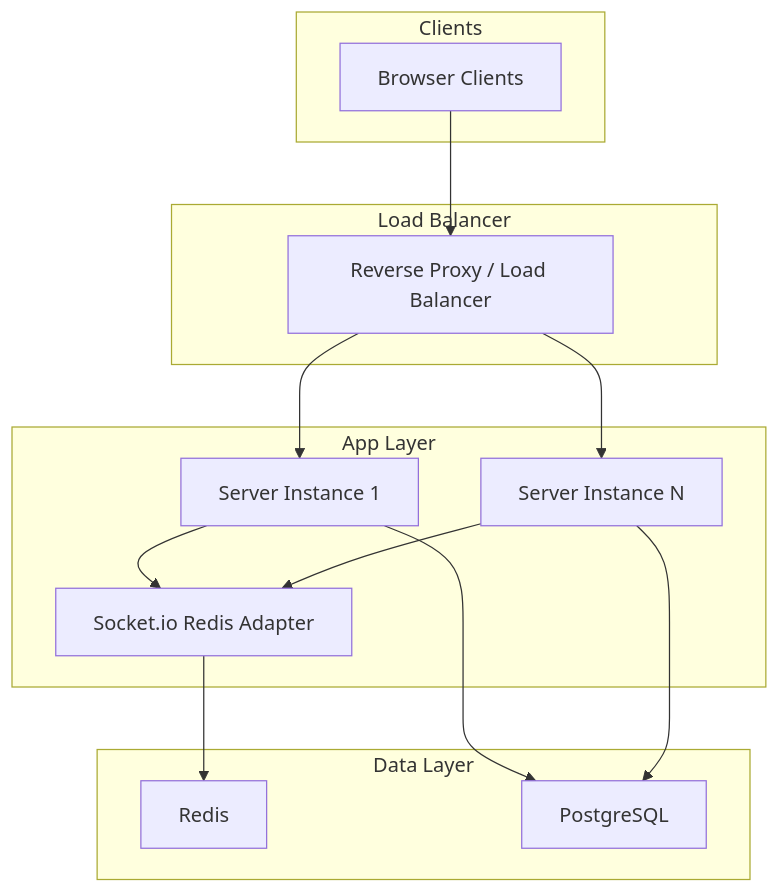
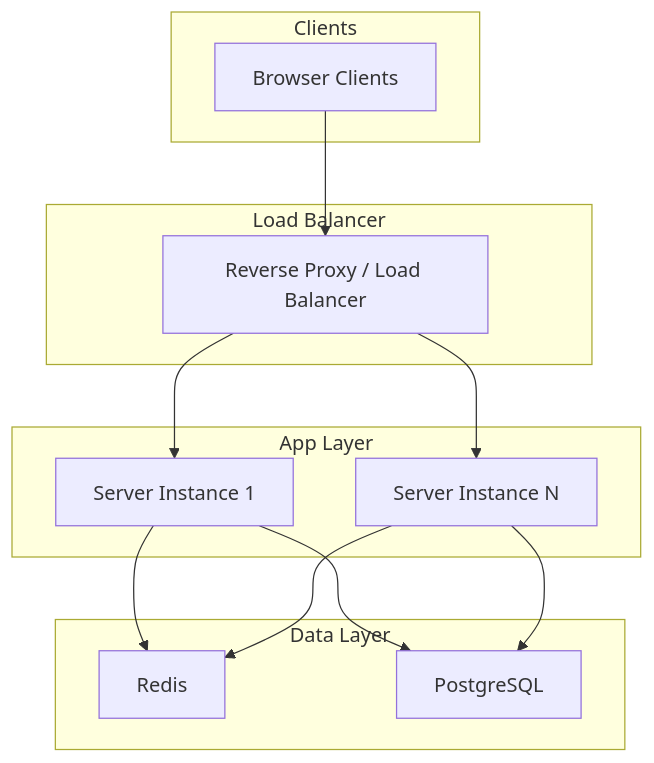
The second of 8 diagrams in .qoder/repowiki/en/content/Deployment & Operations.md (dkoukoul/escape-room-mvp), drawn with Mermaid before and after one commit. The commit also changed other lines of this file and 21 other files, not shown here.

````diff
--- a/.qoder/repowiki/en/content/Deployment & Operations.md
+++ b/.qoder/repowiki/en/content/Deployment & Operations.md
@@ -105,26 +113,24 @@
 ```mermaid
 graph TB
 subgraph "Clients"
 B["Browser Clients"]
 end
 subgraph "Load Balancer"
 LB["Reverse Proxy / Load Balancer"]
 end
 subgraph "App Layer"
 S1["Server Instance 1"]
 S2["Server Instance N"]
-SI["Socket.io Redis Adapter"]
 end
 subgraph "Data Layer"
 RD["Redis"]
 PG["PostgreSQL"]
 end
 B --> LB
 LB --> S1
 LB --> S2
-S1 --> SI
-S2 --> SI
-SI --> RD
+S1 --> RD
+S2 --> RD
 S1 --> PG
 S2 --> PG
 ```
````
